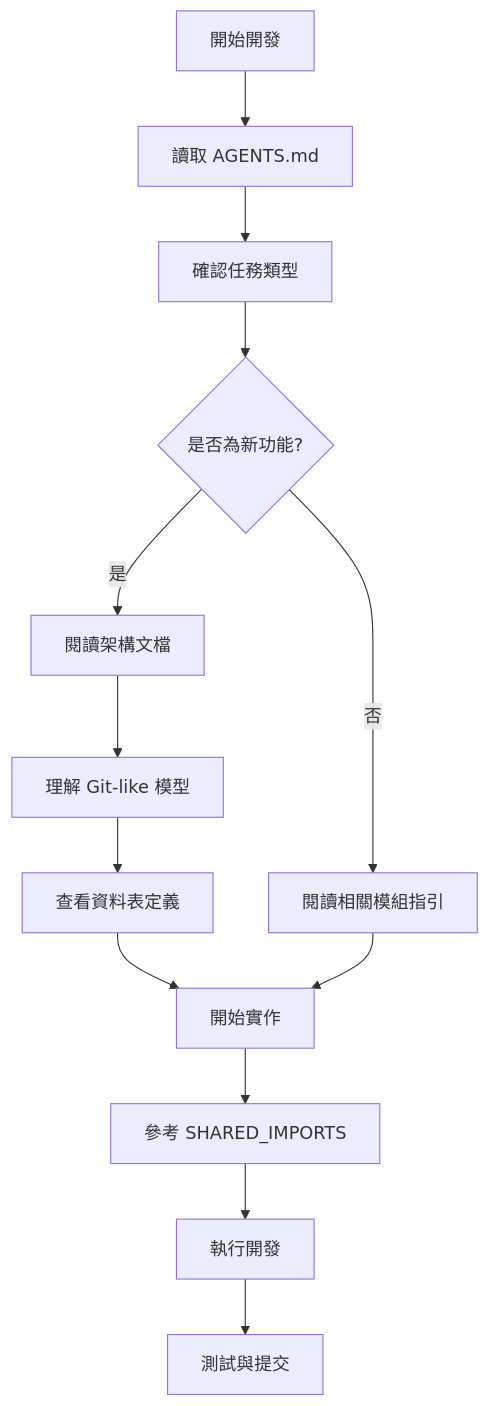
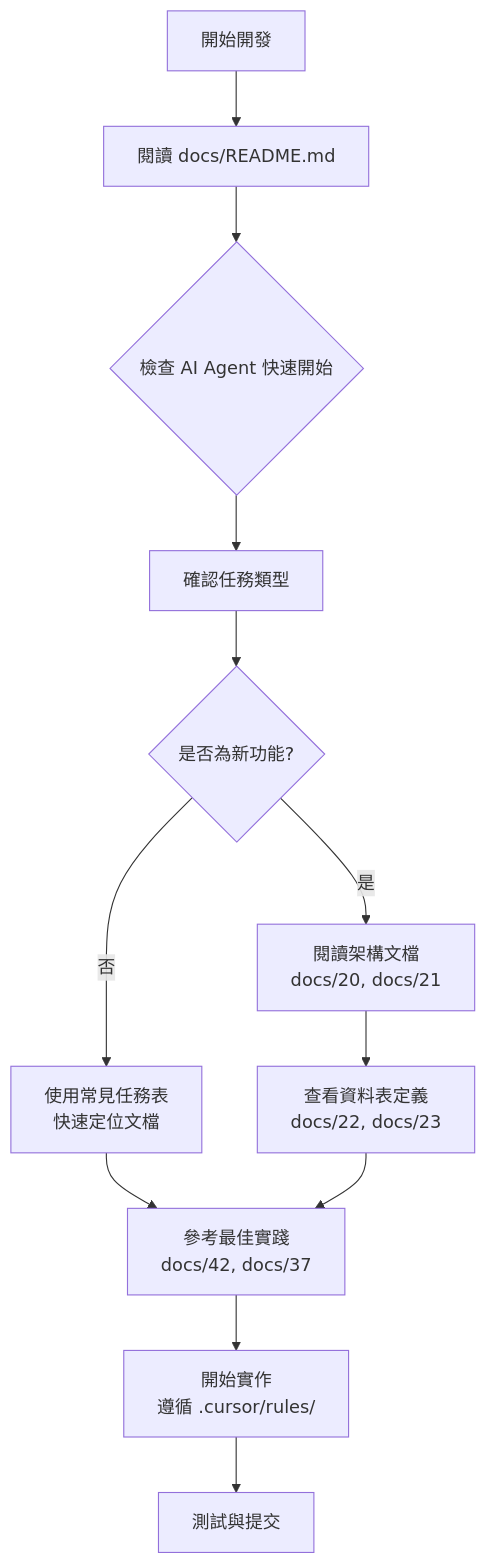
Before and after one commit to 7Spade/ng-alain-gighub: the diagram in docs/43-Agent開發指南與限制說明.md, drawn with Mermaid. The commit also changed other lines of this file, not shown here.

Commit message:
docs: 完成文檔優化 - 更新 Agent 開發指南

````diff
--- a/docs/43-Agent開發指南與限制說明.md
+++ b/docs/43-Agent開發指南與限制說明.md
@@ -216,15 +283,14 @@
 ```mermaid
 graph TD
-    A[開始開發] --> B[讀取 AGENTS.md]
-    B --> C[確認任務類型]
-    C --> D{是否為新功能?}
-    D -->|是| E[閱讀架構文檔]
-    D -->|否| F[閱讀相關模組指引]
-    E --> G[理解 Git-like 模型]
-    G --> H[查看資料表定義]
-    H --> I[開始實作]
-    F --> I
-    I --> J[參考 SHARED_IMPORTS]
-    J --> K[執行開發]
-    K --> L[測試與提交]
+    A[開始開發] --> B[閱讀 docs/README.md]
+    B --> C{檢查 AI Agent 快速開始}
+    C --> D[確認任務類型]
+    D --> E{是否為新功能?}
+    E -->|是| F[閱讀架構文檔<br/>docs/20, docs/21]
+    E -->|否| G[使用常見任務表<br/>快速定位文檔]
+    F --> H[查看資料表定義<br/>docs/22, docs/23]
+    G --> I[參考最佳實踐<br/>docs/42, docs/37]
+    H --> I
+    I --> J[開始實作<br/>遵循 .cursor/rules/]
+    J --> K[測試與提交]
 ```
````
